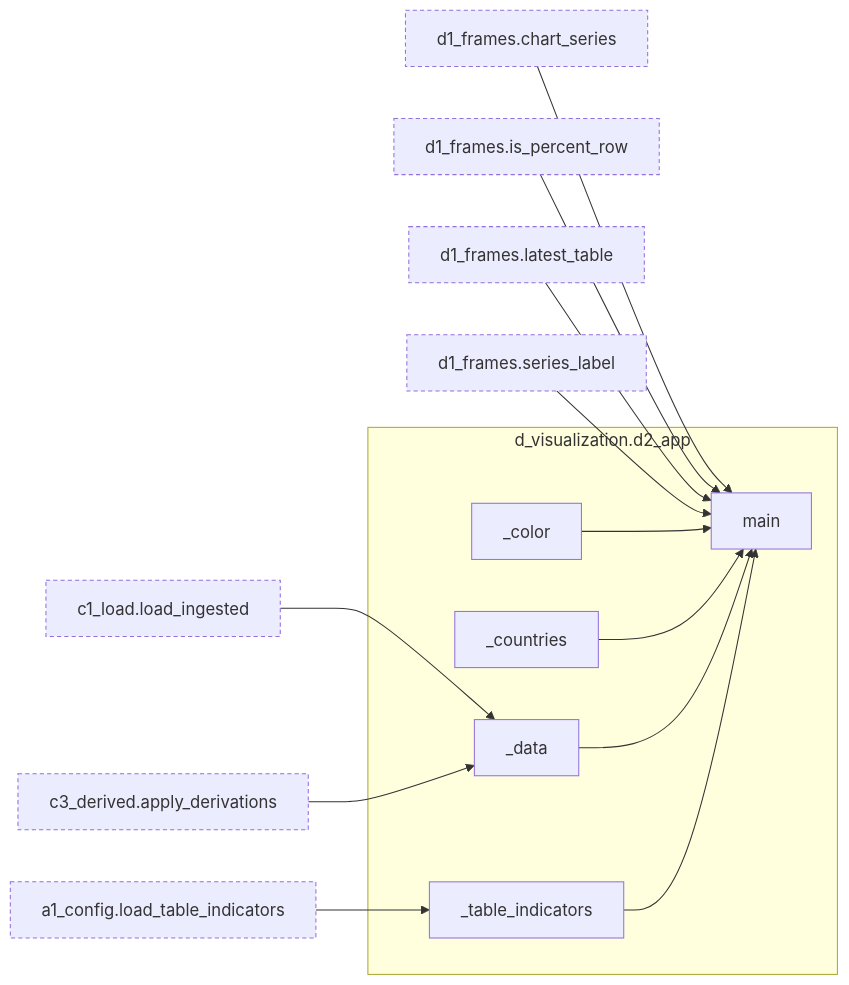
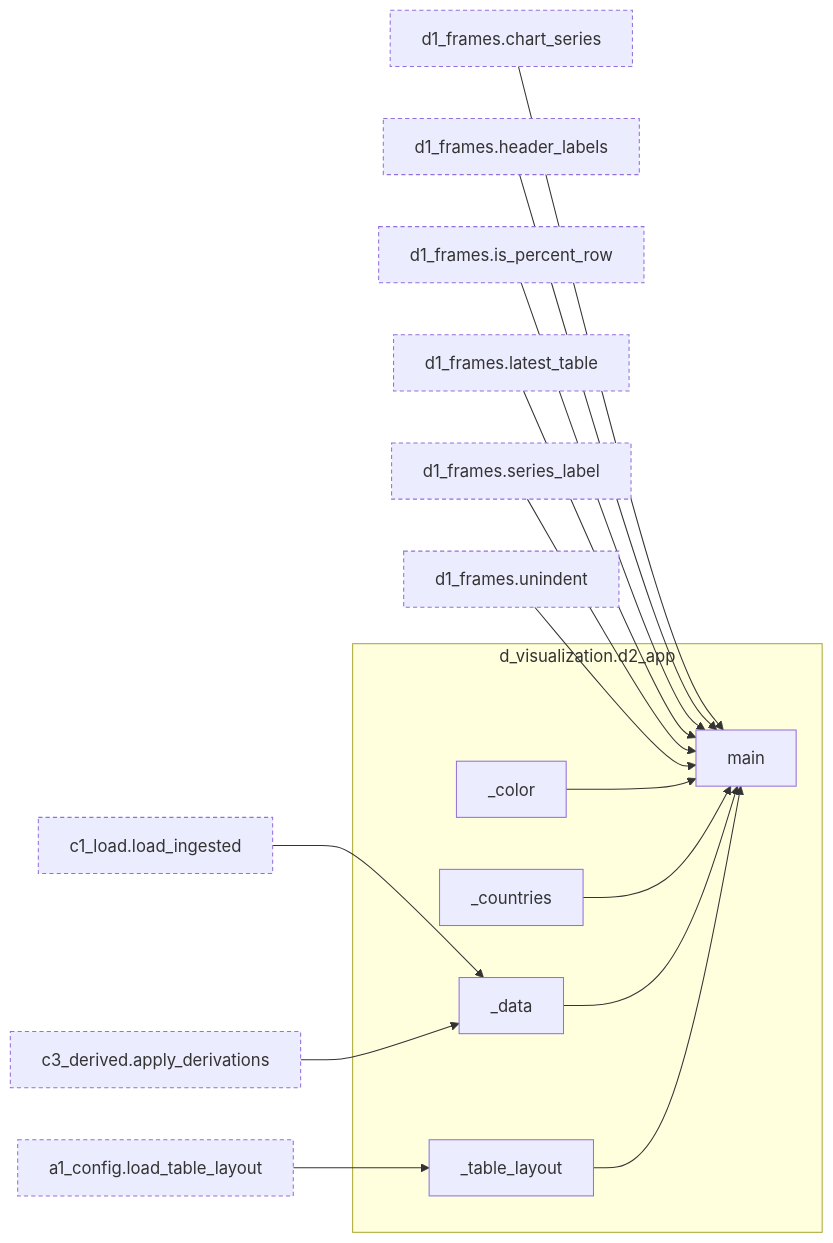
One commit to bsawyerg15/MacroScan changed diagram 15 of 15 in docs/architecture.md. Above: the diagram before and after it, drawn with Mermaid. The commit also changed other lines of this file and 6 other files, not shown here.

````diff
--- a/docs/architecture.md
+++ b/docs/architecture.md
@@ -1310,41 +1348,47 @@
 ```mermaid
 flowchart LR
   subgraph this["d_visualization.d2_app"]
     n_d_visualization_d2_app__color["_color"]
     n_d_visualization_d2_app__countries["_countries"]
     n_d_visualization_d2_app__data["_data"]
-    n_d_visualization_d2_app__table_indicators["_table_indicators"]
+    n_d_visualization_d2_app__table_layout["_table_layout"]
     n_d_visualization_d2_app_main["main"]
   end
-  n_a_core_a1_config_load_table_indicators["a1_config.load_table_indicators"]:::ext
+  n_a_core_a1_config_load_table_layout["a1_config.load_table_layout"]:::ext
   n_c_transform_c1_load_load_ingested["c1_load.load_ingested"]:::ext
   n_c_transform_c3_derived_apply_derivations["c3_derived.apply_derivations"]:::ext
   n_d_visualization_d1_frames_chart_series["d1_frames.chart_series"]:::ext
+  n_d_visualization_d1_frames_header_labels["d1_frames.header_labels"]:::ext
   n_d_visualization_d1_frames_is_percent_row["d1_frames.is_percent_row"]:::ext
   n_d_visualization_d1_frames_latest_table["d1_frames.latest_table"]:::ext
   n_d_visualization_d1_frames_series_label["d1_frames.series_label"]:::ext
+  n_d_visualization_d1_frames_unindent["d1_frames.unindent"]:::ext
   n_c_transform_c1_load_load_ingested --> n_d_visualization_d2_app__data
   n_c_transform_c3_derived_apply_derivations --> n_d_visualization_d2_app__data
-  n_a_core_a1_config_load_table_indicators --> n_d_visualization_d2_app__table_indicators
+  n_a_core_a1_config_load_table_layout --> n_d_visualization_d2_app__table_layout
   n_d_visualization_d1_frames_chart_series --> n_d_visualization_d2_app_main
+  n_d_visualization_d1_frames_header_labels --> n_d_visualization_d2_app_main
   n_d_visualization_d1_frames_is_percent_row --> n_d_visualization_d2_app_main
   n_d_visualization_d1_frames_latest_table --> n_d_visualization_d2_app_main
   n_d_visualization_d1_frames_series_label --> n_d_visualization_d2_app_main
+  n_d_visualization_d1_frames_unindent --> n_d_visualization_d2_app_main
   n_d_visualization_d2_app__color --> n_d_visualization_d2_app_main
   n_d_visualization_d2_app__countries --> n_d_visualization_d2_app_main
   n_d_visualization_d2_app__data --> n_d_visualization_d2_app_main
-  n_d_visualization_d2_app__table_indicators --> n_d_visualization_d2_app_main
-  click n_a_core_a1_config_load_table_indicators href "#fn-a_core-a1_config-load_table_indicators"
+  n_d_visualization_d2_app__table_layout --> n_d_visualization_d2_app_main
+  click n_a_core_a1_config_load_table_layout href "#fn-a_core-a1_config-load_table_layout"
   click n_c_transform_c1_load_load_ingested href "#fn-c_transform-c1_load-load_ingested"
   click n_c_transform_c3_derived_apply_derivations href "#fn-c_transform-c3_derived-apply_derivations"
   click n_d_visualization_d1_frames_chart_series href "#fn-d_visualization-d1_frames-chart_series"
+  click n_d_visualization_d1_frames_header_labels href "#fn-d_visualization-d1_frames-header_labels"
   click n_d_visualization_d1_frames_is_percent_row href "#fn-d_visualization-d1_frames-is_percent_row"
   click n_d_visualization_d1_frames_latest_table href "#fn-d_visualization-d1_frames-latest_table"
   click n_d_visualization_d1_frames_series_label href "#fn-d_visualization-d1_frames-series_label"
+  click n_d_visualization_d1_frames_unindent href "#fn-d_visualization-d1_frames-unindent"
   click n_d_visualization_d2_app__color href "#fn-d_visualization-d2_app-_color"
   click n_d_visualization_d2_app__countries href "#fn-d_visualization-d2_app-_countries"
   click n_d_visualization_d2_app__data href "#fn-d_visualization-d2_app-_data"
-  click n_d_visualization_d2_app__table_indicators href "#fn-d_visualization-d2_app-_table_indicators"
+  click n_d_visualization_d2_app__table_layout href "#fn-d_visualization-d2_app-_table_layout"
   click n_d_visualization_d2_app_main href "#fn-d_visualization-d2_app-main"
   classDef ext stroke-dasharray: 4 3
 ```
````
